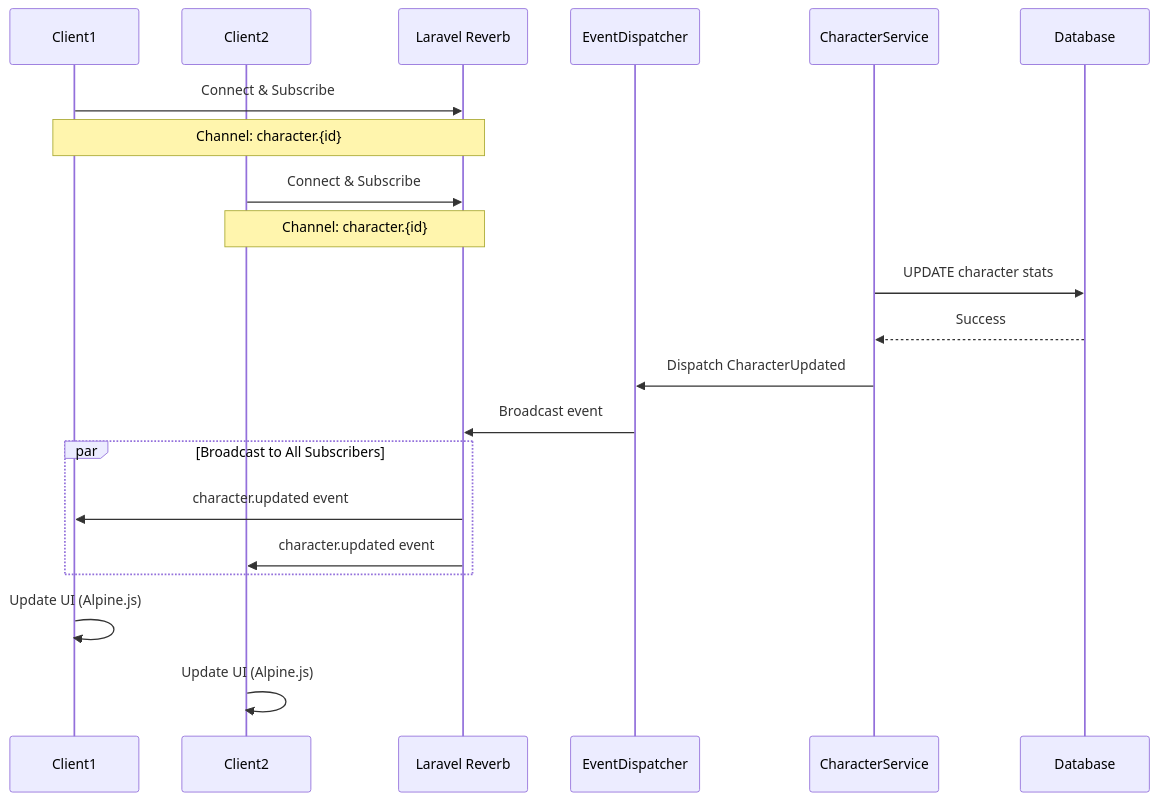
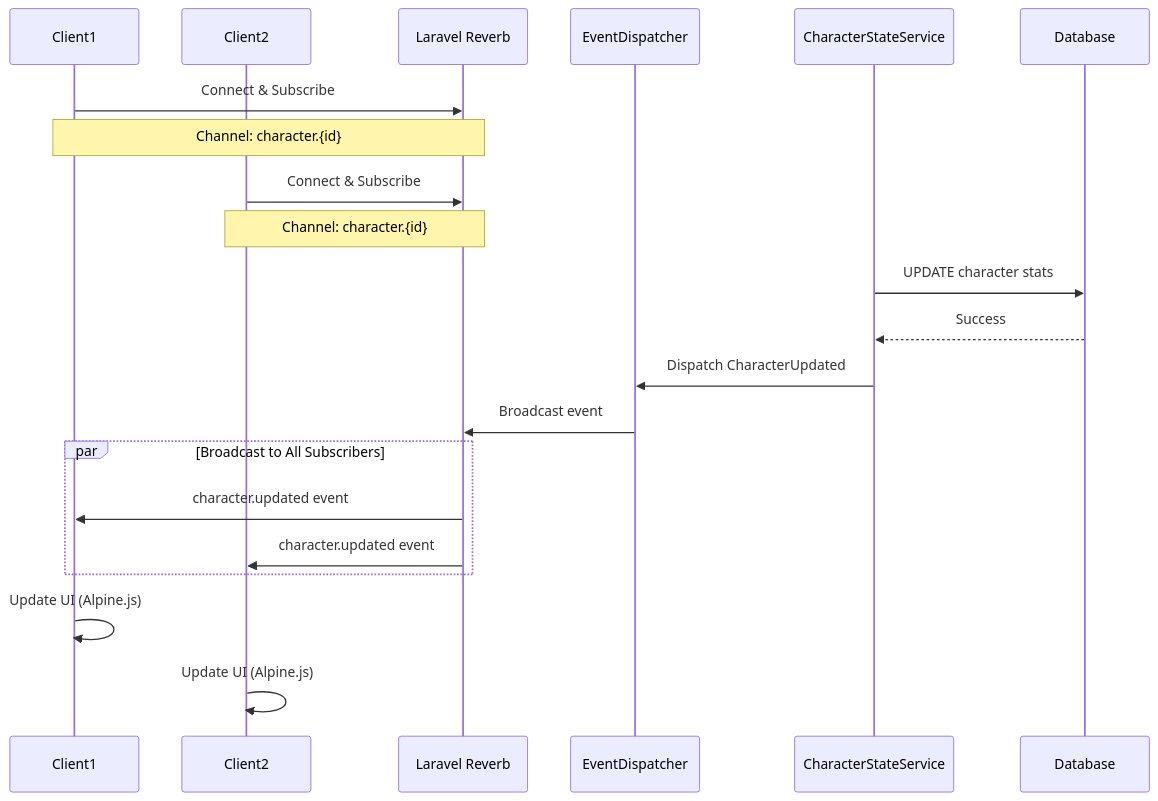
Diagram 16 of 17 in docs/01-sequences/000_SEQUENCE_DIAGRAMS_INDEX.md (exatfrds67/umamusume-career-planner), drawn with Mermaid before and after one commit. The commit also changed other lines of this file and 111 other files, not shown here.

````diff
--- a/docs/01-sequences/000_SEQUENCE_DIAGRAMS_INDEX.md
+++ b/docs/01-sequences/000_SEQUENCE_DIAGRAMS_INDEX.md
@@ -896,28 +896,28 @@
 ```mermaid
 sequenceDiagram
     participant Client1
     participant Client2
     participant WebSocketServer as Laravel Reverb
     participant EventDispatcher
-    participant CharacterService
+    participant CharacterStateService
     participant Database
 
     Client1->>WebSocketServer: Connect & Subscribe
     Note over Client1,WebSocketServer: Channel: character.{id}
     Client2->>WebSocketServer: Connect & Subscribe
     Note over Client2,WebSocketServer: Channel: character.{id}
     
-    CharacterService->>Database: UPDATE character stats
-    Database-->>CharacterService: Success
+    CharacterStateService->>Database: UPDATE character stats
+    Database-->>CharacterStateService: Success
     
-    CharacterService->>EventDispatcher: Dispatch CharacterUpdated
+    CharacterStateService->>EventDispatcher: Dispatch CharacterUpdated
     EventDispatcher->>WebSocketServer: Broadcast event
     
     par Broadcast to All Subscribers
         WebSocketServer->>Client1: character.updated event
         WebSocketServer->>Client2: character.updated event
     end
     
     Client1->>Client1: Update UI (Alpine.js)
     Client2->>Client2: Update UI (Alpine.js)
 ```
````
